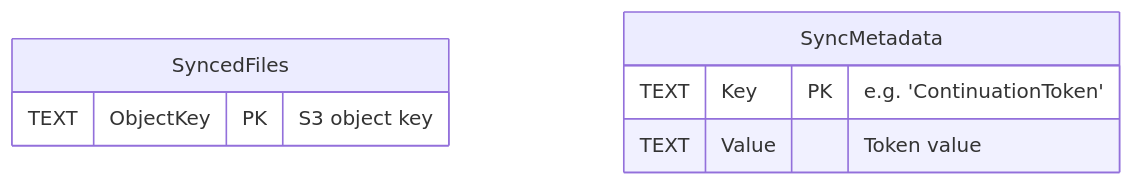
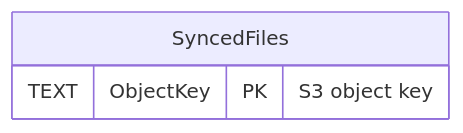
Before and after one commit to linus-berg/s3-robust-sync: the fifth of 6 diagrams in README.md, drawn with Mermaid. The commit also changed other lines of this file and 3 other files, not shown here.

Commit message:
Removed continuation token.

````diff
--- a/README.md
+++ b/README.md
@@ -263,10 +256,6 @@
 ```mermaid
 erDiagram
     SyncedFiles {
         TEXT ObjectKey PK "S3 object key"
     }
-    SyncMetadata {
-        TEXT Key PK "e.g. 'ContinuationToken'"
-        TEXT Value "Token value"
-    }
 ```
````
